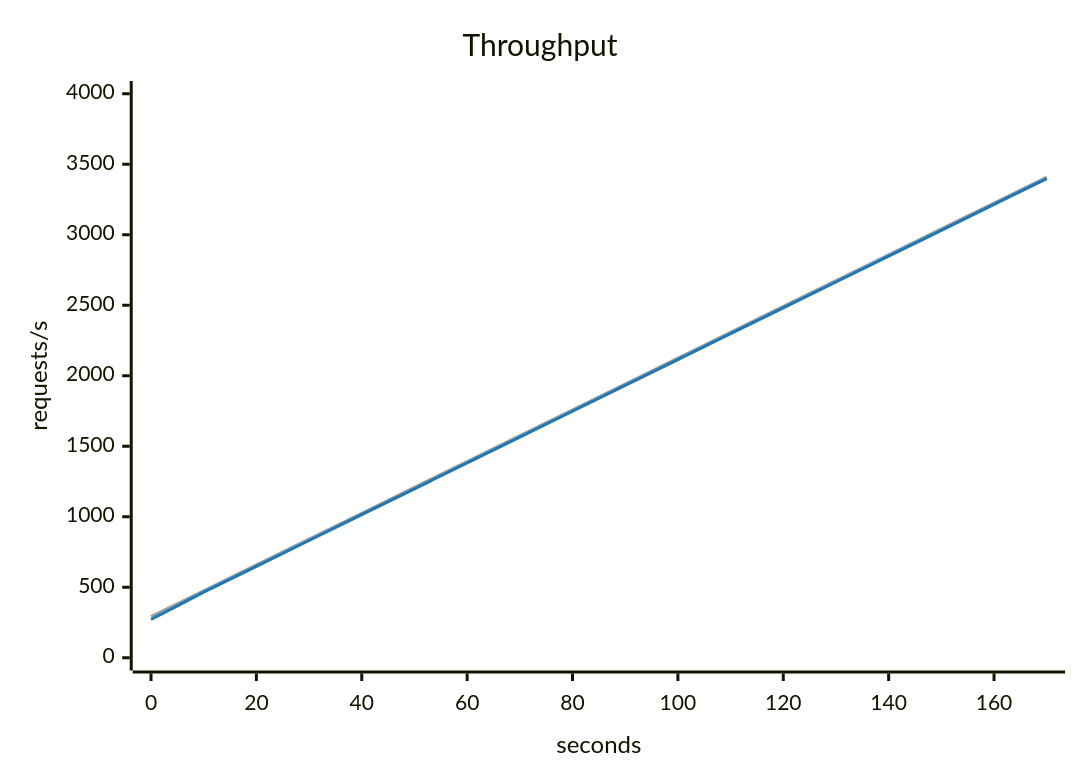
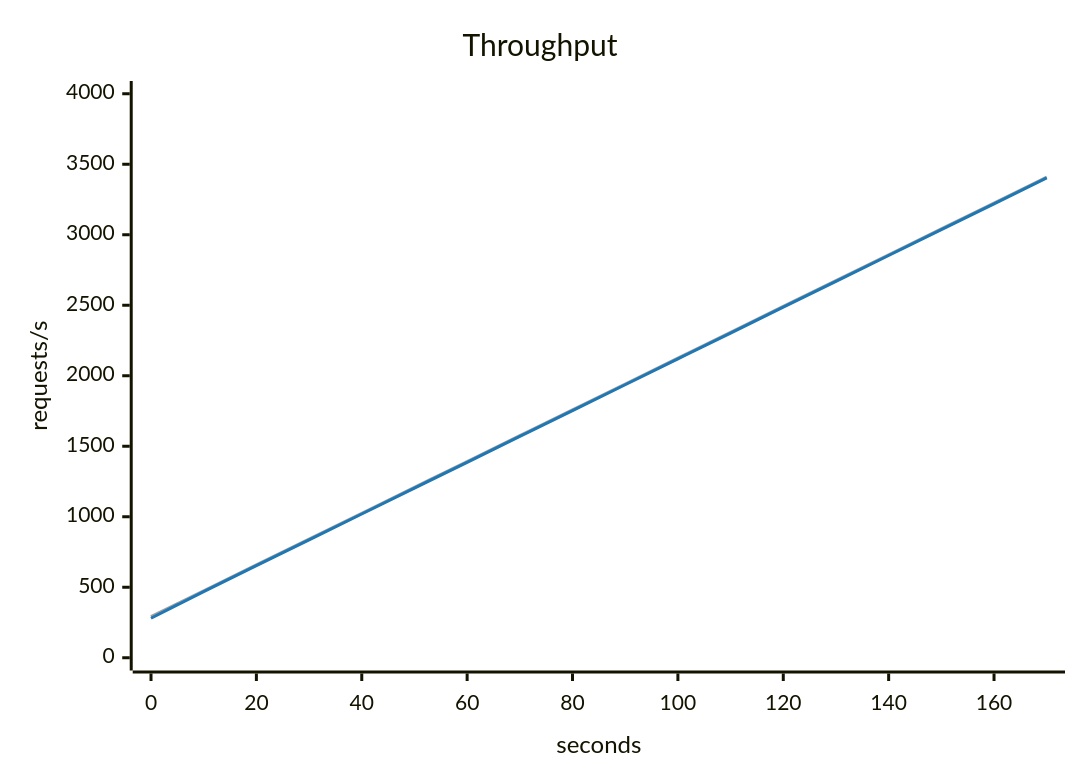
Before and after one commit to akinfemi/load-lore: the second of 5 diagrams in scenarios/statement-day/solutions/more-memory/report.md, drawn with Mermaid. The commit also changed other lines of this file and 125 other files, not shown here.

````diff
--- a/scenarios/statement-day/solutions/more-memory/report.md
+++ b/scenarios/statement-day/solutions/more-memory/report.md
@@ -38,15 +38,15 @@
 ```mermaid
 ---
 config:
   themeVariables:
     xyChart:
       backgroundColor: "transparent"
       plotColorPalette: "#9e9e9e, #1f77b4"
 ---
 xychart-beta
     title "Throughput"
     x-axis "seconds" 0 --> 170
     y-axis "requests/s" 0 --> 4000
     line [291.667, 475, 658.333, 841.667, 1025, 1208.333, 1391.667, 1575, 1758.333, 1941.667, 2125, 2308.333, 2491.667, 2675, 2858.333, 3041.667, 3225, 3408.333]
-    line [271.043, 464.911, 648.341, 831.572, 1015.042, 1198.158, 1381.583, 1565.104, 1748.229, 1931.5, 2114.917, 2298.419, 2481.721, 2665.011, 2848.238, 3031.526, 3214.963, 3398.222]
+    line [280.253, 469.527, 653.019, 836.126, 1019.529, 1202.861, 1386.245, 1569.674, 1752.83, 1936.13, 2119.63, 2302.922, 2486.377, 2669.176, 2852.827, 3036.332, 3219.423, 3403.173]
 ```
````
